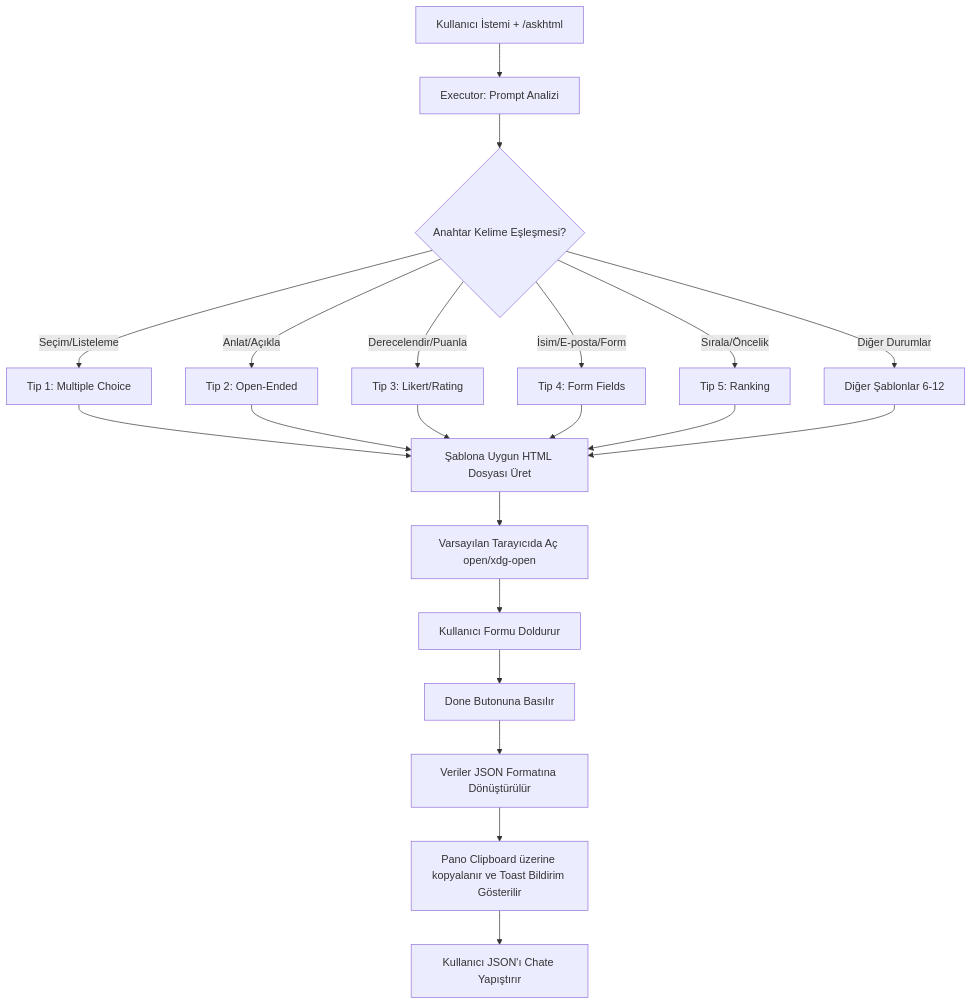
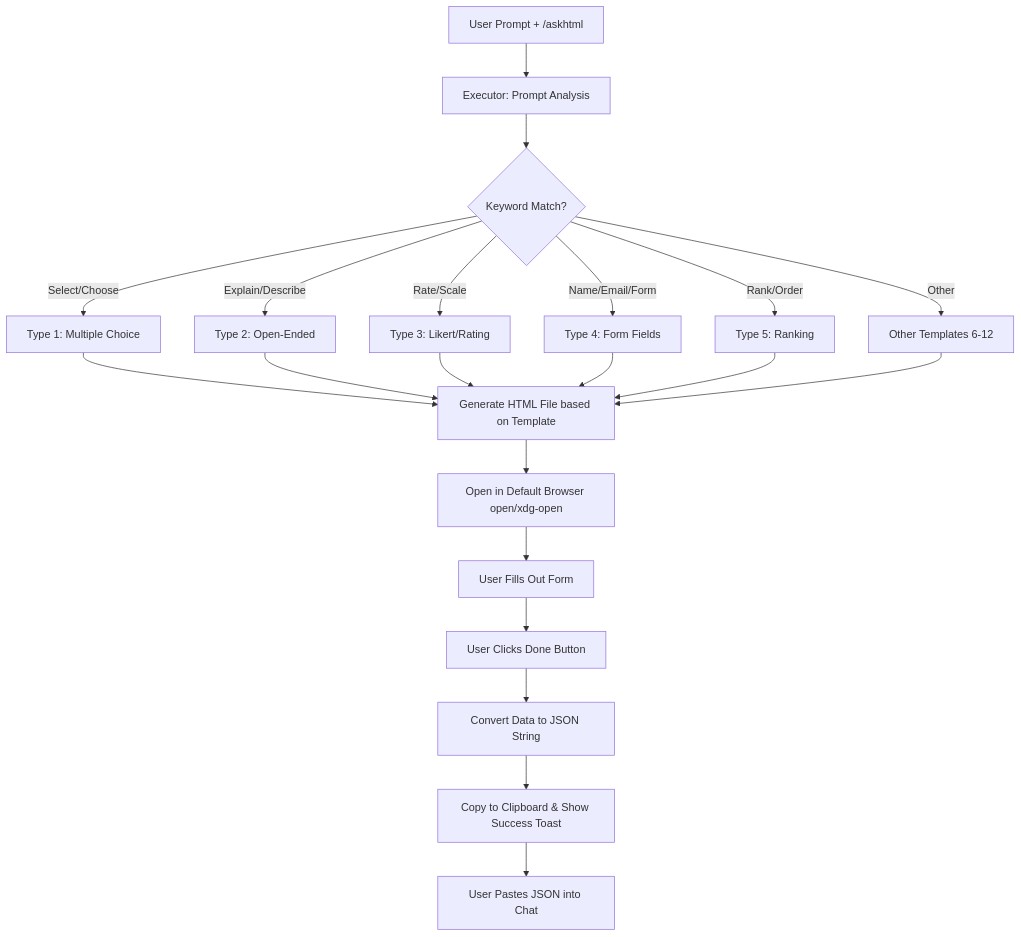
Before and after one commit to ozkayhan/ozka_skills: the diagram in docs/askhtml.md, drawn with Mermaid. The commit also changed other lines of this file and 2 other files, not shown here.

````diff
--- a/docs/askhtml.md
+++ b/docs/askhtml.md
@@ -35,19 +35,19 @@
 ```mermaid
 flowchart TD
-    A[Kullanıcı İstemi + /askhtml] --> B[Executor: Prompt Analizi]
-    B --> C{Anahtar Kelime Eşleşmesi?}
-    C -->|Seçim/Listeleme| D[Tip 1: Multiple Choice]
-    C -->|Anlat/Açıkla| E[Tip 2: Open-Ended]
-    C -->|Derecelendir/Puanla| F[Tip 3: Likert/Rating]
-    C -->|İsim/E-posta/Form| G[Tip 4: Form Fields]
-    C -->|Sırala/Öncelik| H[Tip 5: Ranking]
-    C -->|Diğer Durumlar| I[Diğer Şablonlar 6-12]
+    A[User Prompt + /askhtml] --> B[Executor: Prompt Analysis]
+    B --> C{Keyword Match?}
+    C -->|Select/Choose| D[Type 1: Multiple Choice]
+    C -->|Explain/Describe| E[Type 2: Open-Ended]
+    C -->|Rate/Scale| F[Type 3: Likert/Rating]
+    C -->|Name/Email/Form| G[Type 4: Form Fields]
+    C -->|Rank/Order| H[Type 5: Ranking]
+    C -->|Other| I[Other Templates 6-12]
     
-    D & E & F & G & H & I --> J[Şablona Uygun HTML Dosyası Üret]
-    J --> K[Varsayılan Tarayıcıda Aç open/xdg-open]
-    K --> L[Kullanıcı Formu Doldurur]
-    L --> M[Done Butonuna Basılır]
-    M --> N[Veriler JSON Formatına Dönüştürülür]
-    N --> O[Pano Clipboard üzerine kopyalanır ve Toast Bildirim Gösterilir]
-    O --> P[Kullanıcı JSON'ı Chate Yapıştırır]
+    D & E & F & G & H & I --> J[Generate HTML File based on Template]
+    J --> K[Open in Default Browser open/xdg-open]
+    K --> L[User Fills Out Form]
+    L --> M[User Clicks Done Button]
+    M --> N[Convert Data to JSON String]
+    N --> O[Copy to Clipboard & Show Success Toast]
+    O --> P[User Pastes JSON into Chat]
 ```
````
